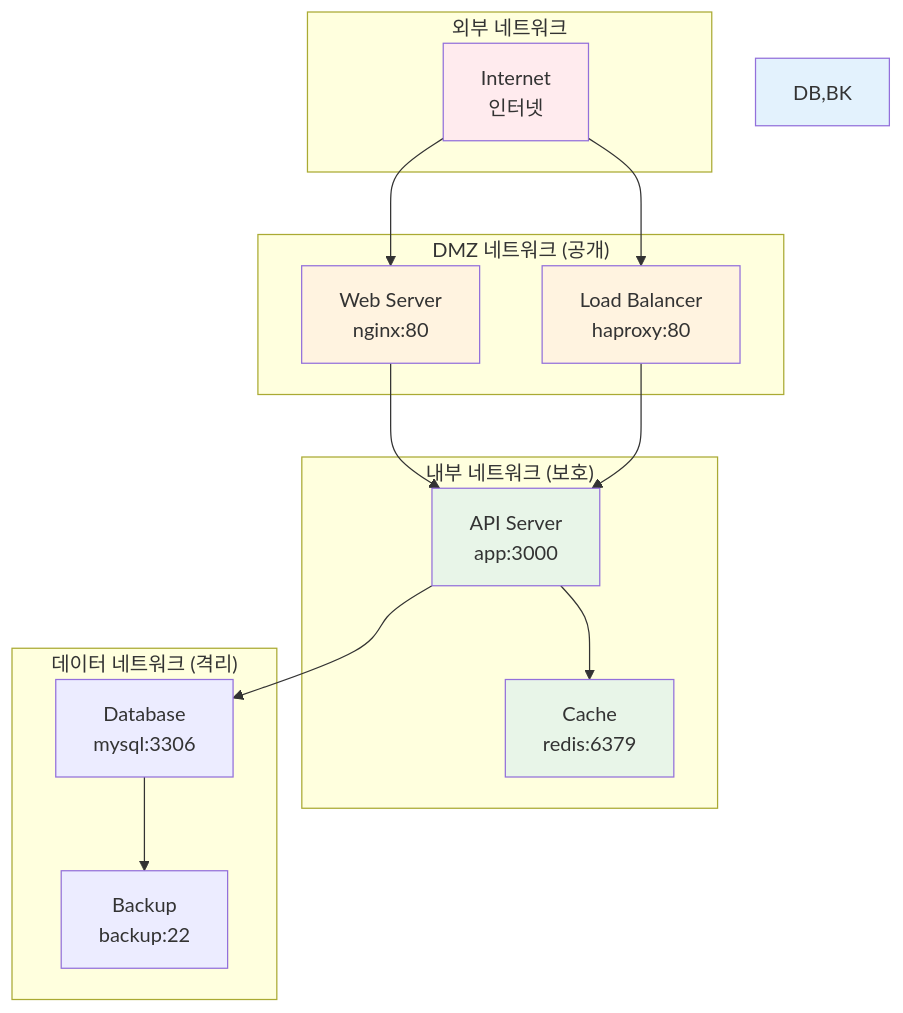
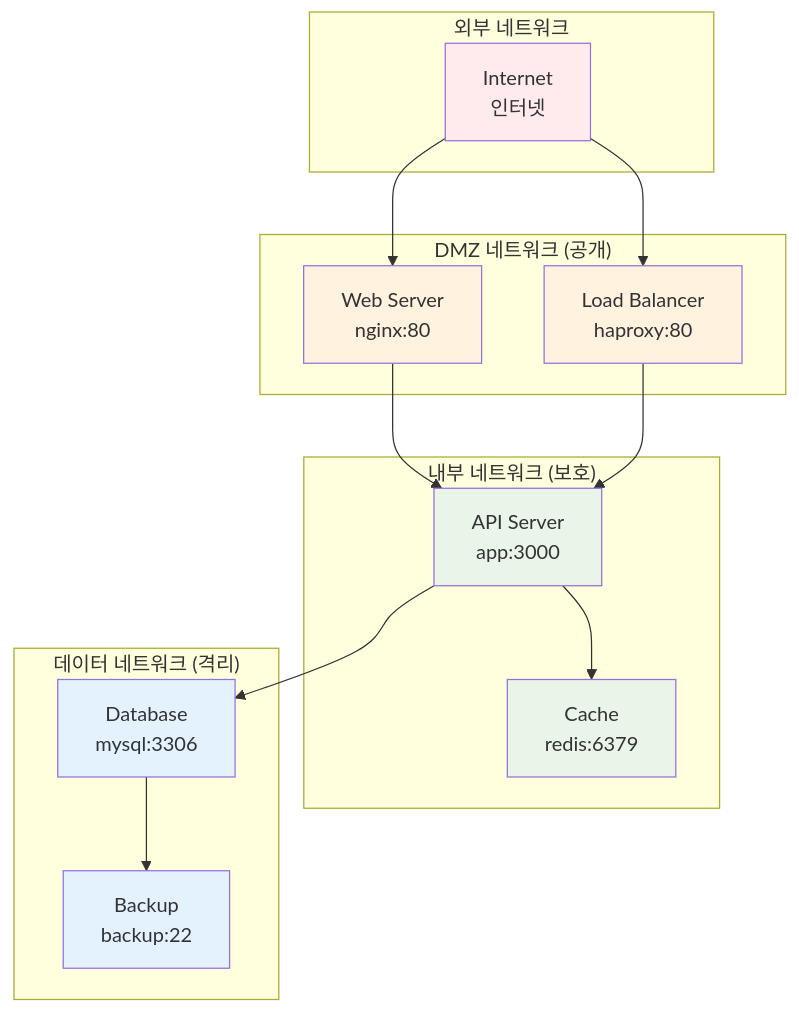
Before and after one commit to niceguy61/kdt_devops_lecture_2025: the second of 5 diagrams in theory/week_02/day1/session_3.md, drawn with Mermaid.

Commit message:
mermaid 수정

````diff
--- a/theory/week_02/day1/session_3.md
+++ b/theory/week_02/day1/session_3.md
@@ -61,36 +61,37 @@
 ```mermaid
 graph TB
     subgraph "외부 네트워크"
         I[Internet<br/>인터넷]
     end
     
     subgraph "DMZ 네트워크 (공개)"
         W[Web Server<br/>nginx:80]
         LB[Load Balancer<br/>haproxy:80]
     end
     
     subgraph "내부 네트워크 (보호)"
         A[API Server<br/>app:3000]
         C[Cache<br/>redis:6379]
     end
     
     subgraph "데이터 네트워크 (격리)"
         DB[Database<br/>mysql:3306]
         BK[Backup<br/>backup:22]
     end
     
     I --> W
     I --> LB
     W --> A
     LB --> A
     A --> C
     A --> DB
     DB --> BK
     
     style I fill:#ffebee
     style W fill:#fff3e0
     style LB fill:#fff3e0
     style A fill:#e8f5e8
     style C fill:#e8f5e8
-    style DB,BK fill:#e3f2fd
+    style DB fill:#e3f2fd
+    style BK fill:#e3f2fd
 ```
````
